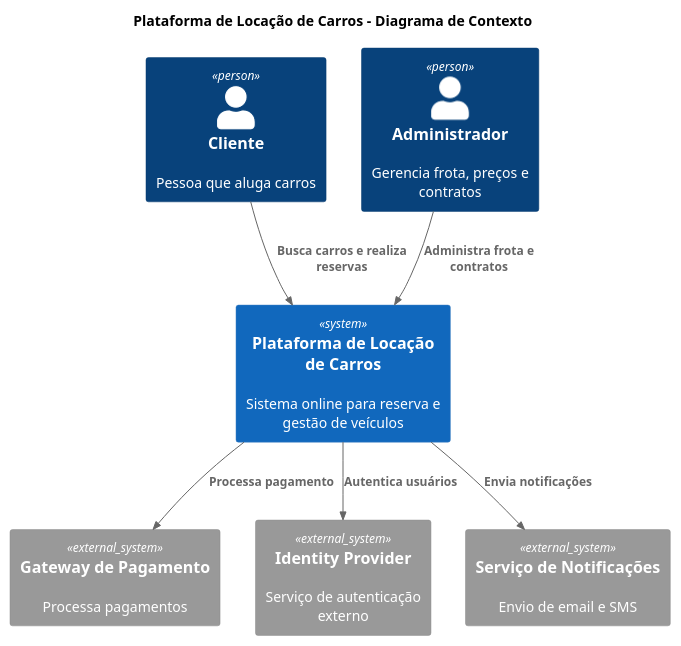
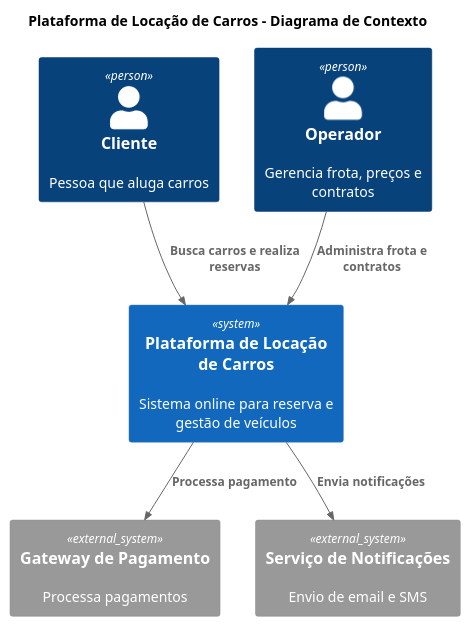
Before and after one commit to G4BR-13-L/c4-model-arquitetura-multiplataforma: the diagram in contexto-level-1.plantuml, drawn with PlantUML. The commit also changed 8 other files, not shown here.

Commit message:
diagramas 1 e 2. 3 foi apenas iniciado

```diff
--- a/contexto-level-1.plantuml
+++ b/contexto-level-1.plantuml
@@ -1,22 +1,20 @@
 @startuml
 !include https://raw.githubusercontent.com/plantuml-stdlib/C4-PlantUML/master/C4_Context.puml
 
 title Plataforma de Locação de Carros - Diagrama de Contexto
 
 Person(customer, "Cliente", "Pessoa que aluga carros")
-Person(admin, "Administrador", "Gerencia frota, preços e contratos")
+Person(operador, "Operador", "Gerencia frota, preços e contratos")
 
 System(car_rental, "Plataforma de Locação de Carros", "Sistema online para reserva e gestão de veículos")
 
 System_Ext(payment_gateway, "Gateway de Pagamento", "Processa pagamentos")
-System_Ext(identity_provider, "Identity Provider", "Serviço de autenticação externo")
 System_Ext(notification_service, "Serviço de Notificações", "Envio de email e SMS")
 
 Rel(customer, car_rental, "Busca carros e realiza reservas")
-Rel(admin, car_rental, "Administra frota e contratos")
+Rel(operador, car_rental, "Administra frota e contratos")
 
 Rel(car_rental, payment_gateway, "Processa pagamento")
-Rel(car_rental, identity_provider, "Autentica usuários")
 Rel(car_rental, notification_service, "Envia notificações")
 
 @enduml
```
